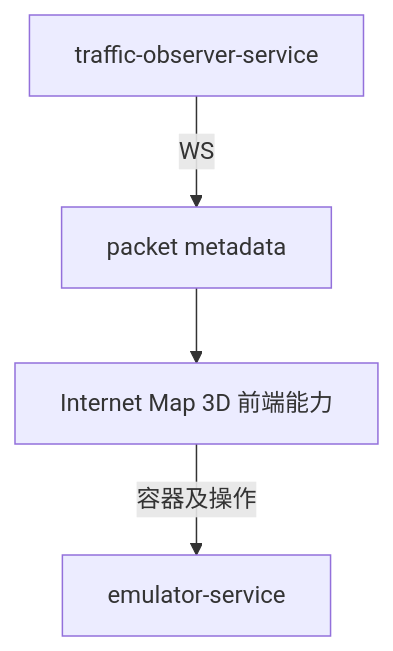
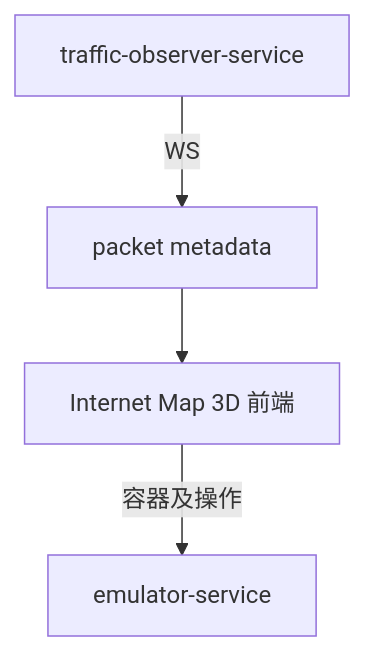
Before and after one commit to cy-gitlab/seed-visualization: the diagram in docs/internet-map-3D.md, drawn with Mermaid. The commit also changed other lines of this file and 68 other files, not shown here.

````diff
--- a/docs/internet-map-3D.md
+++ b/docs/internet-map-3D.md
@@ -7,12 +7,12 @@
 ```mermaid
 %%{init: {"flowchart": {"useMaxWidth": true, "htmlLabels": true}} }%%
 flowchart TB
-  IM3D["Internet Map 3D 前端能力"]
+  IM3D["Internet Map 3D 前端"]
   Emulator["emulator-service"]
   Traffic["traffic-observer-service"]
   Packets["packet metadata"]
 
   IM3D -->|"容器及操作"| Emulator
   Traffic -->|"WS"| Packets
   Packets --> IM3D
 ```
````
